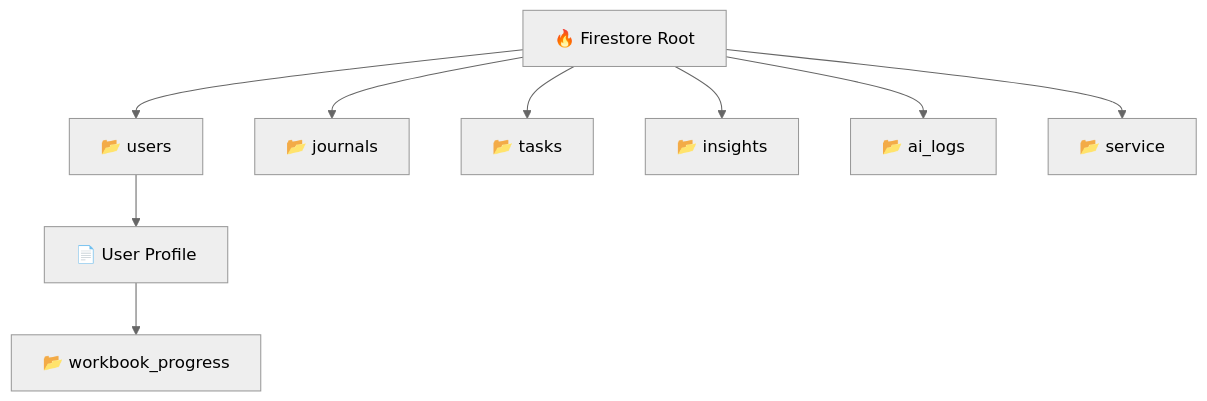
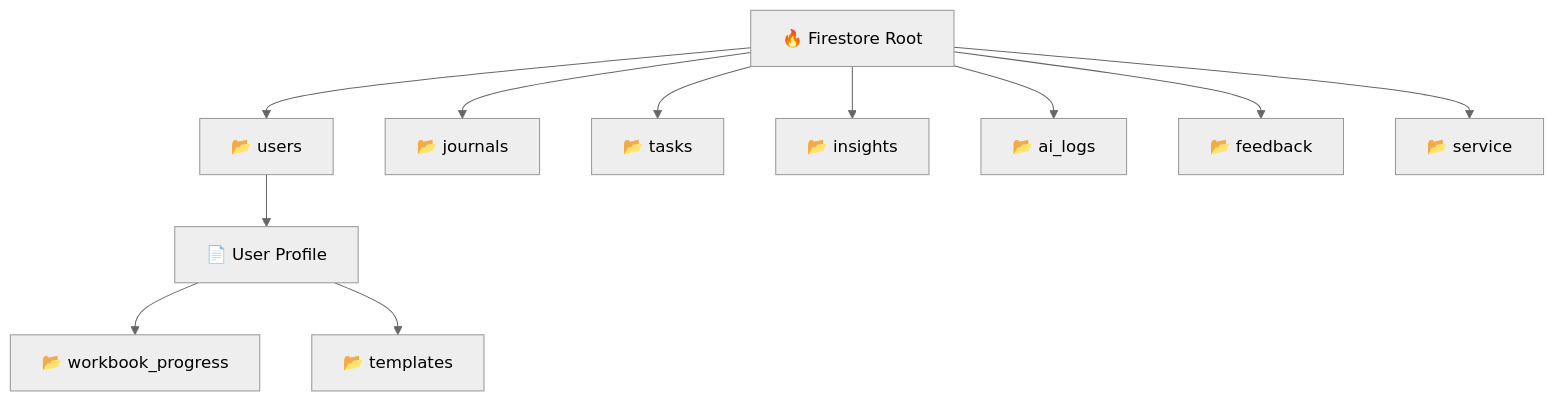
The diagram in docs/SCHEMA_ARCHITECTURE.md (rpdouglas/MRT2), drawn with Mermaid (neutral theme) before and after one commit. The commit also changed other lines of this file and 15 other files, not shown here.

````diff
--- a/docs/SCHEMA_ARCHITECTURE.md
+++ b/docs/SCHEMA_ARCHITECTURE.md
@@ -8,14 +8,16 @@
 ```mermaid
 graph TD
     root[🔥 Firestore Root]
     
     root --> users[📂 users]
     users --> userDoc[📄 User Profile]
     userDoc --> workbook_progress[📂 workbook_progress]
+    userDoc --> templates[📂 templates]
     
     root --> journals[📂 journals]
     root --> tasks[📂 tasks]
     root --> insights[📂 insights]
     root --> ai_logs[📂 ai_logs]
+    root --> feedback[📂 feedback]
     root --> service[📂 service]
 ```
````
